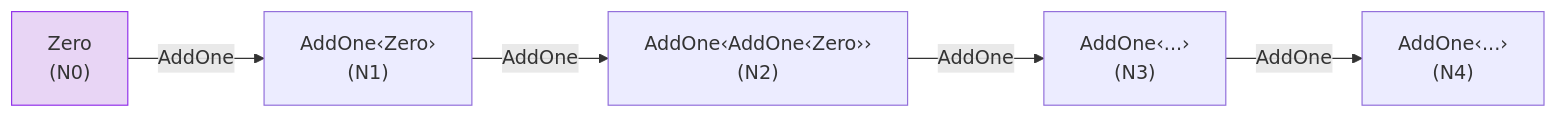
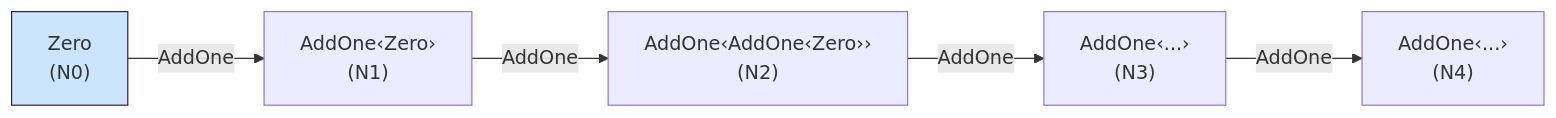
Before and after one commit to jakebromberg/misuse-of-notation: the diagram in tutorial/diagrams/peano-types.mmd, drawn with Mermaid. The commit also changed 11 other files, not shown here.

Commit message:
Style diagrams to match reference: drop shadows, white fills, dark strokes

```diff
--- a/tutorial/diagrams/peano-types.mmd
+++ b/tutorial/diagrams/peano-types.mmd
@@ -1,13 +1,13 @@
 flowchart LR
     N0["Zero\n(N0)"]
     N1["AddOne‹Zero›\n(N1)"]
     N2["AddOne‹AddOne‹Zero››\n(N2)"]
     N3["AddOne‹...›\n(N3)"]
     N4["AddOne‹...›\n(N4)"]
 
     N0 -- "AddOne" --> N1
     N1 -- "AddOne" --> N2
     N2 -- "AddOne" --> N3
     N3 -- "AddOne" --> N4
 
-    style N0 fill:#e8d5f5,stroke:#9333ea
+    style N0 fill:#cce5ff,stroke:#28253D
```
